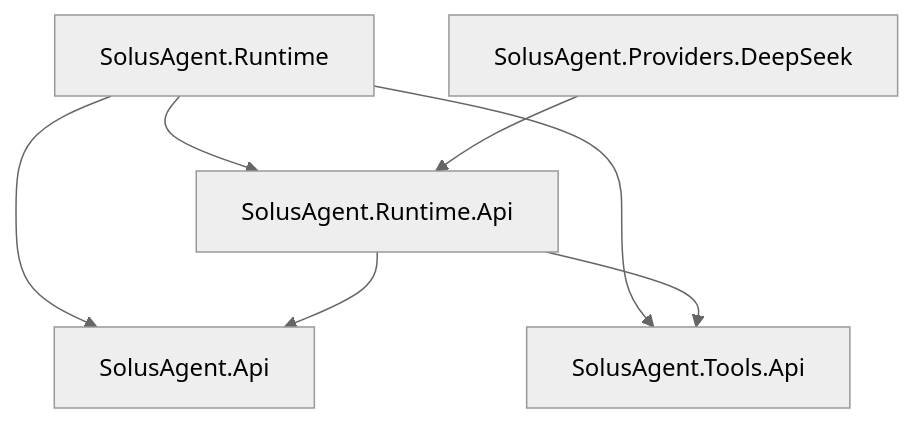
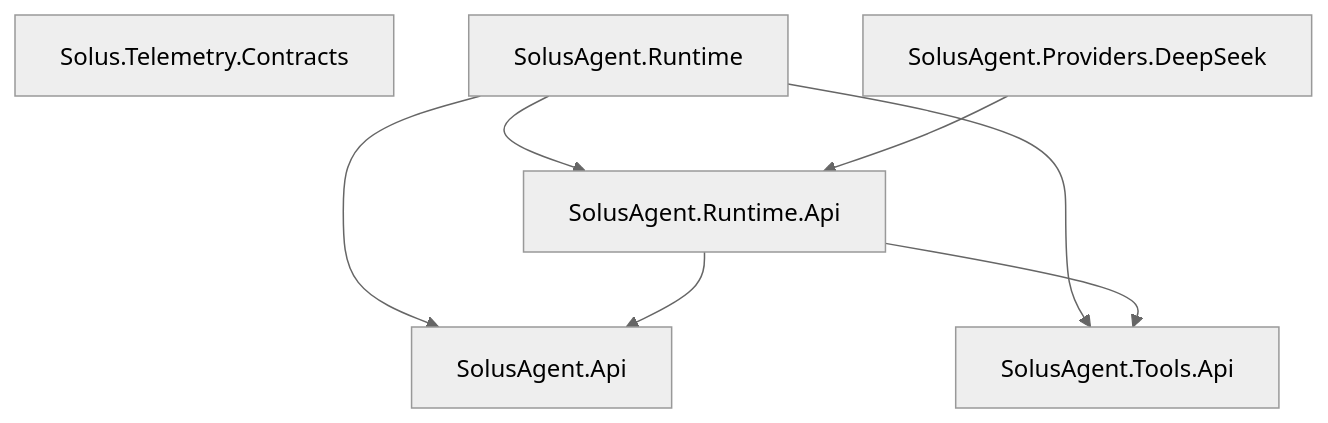
Before and after one commit to SolusQuest/solus-agent: the diagram in docs/20_architecture/project-structure.md, drawn with Mermaid (neutral theme). The commit also changed other lines of this file and 27 other files, not shown here.

First line of the commit message:
feat(telemetry): add neutral v1 contracts and Logging foundation (#125)

````diff
--- a/docs/20_architecture/project-structure.md
+++ b/docs/20_architecture/project-structure.md
@@ -64,9 +68,10 @@
 ```mermaid
 flowchart TD
+    Contracts[Solus.Telemetry.Contracts]
     Runtime[SolusAgent.Runtime] --> RuntimeApi[SolusAgent.Runtime.Api]
     Runtime --> AgentApi[SolusAgent.Api]
     Runtime --> ToolsApi[SolusAgent.Tools.Api]
     RuntimeApi --> AgentApi
     RuntimeApi --> ToolsApi
     DeepSeek[SolusAgent.Providers.DeepSeek] --> RuntimeApi
 ```
````
